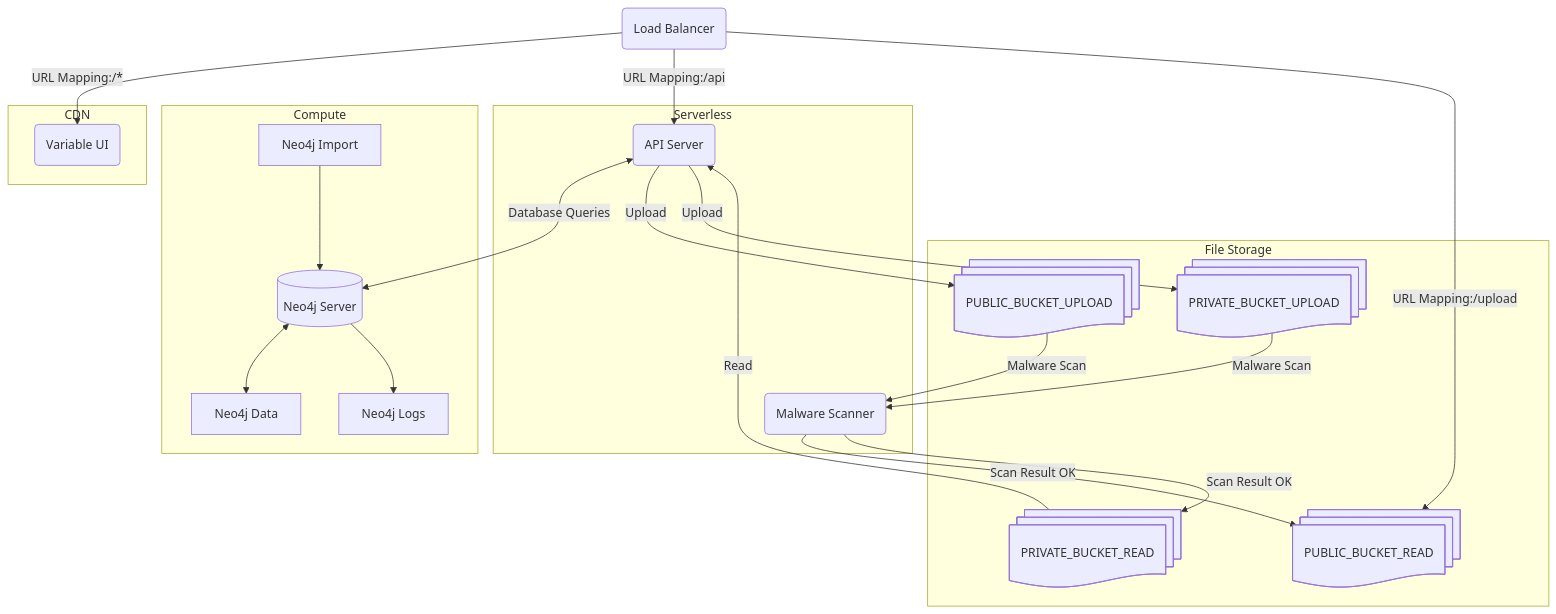
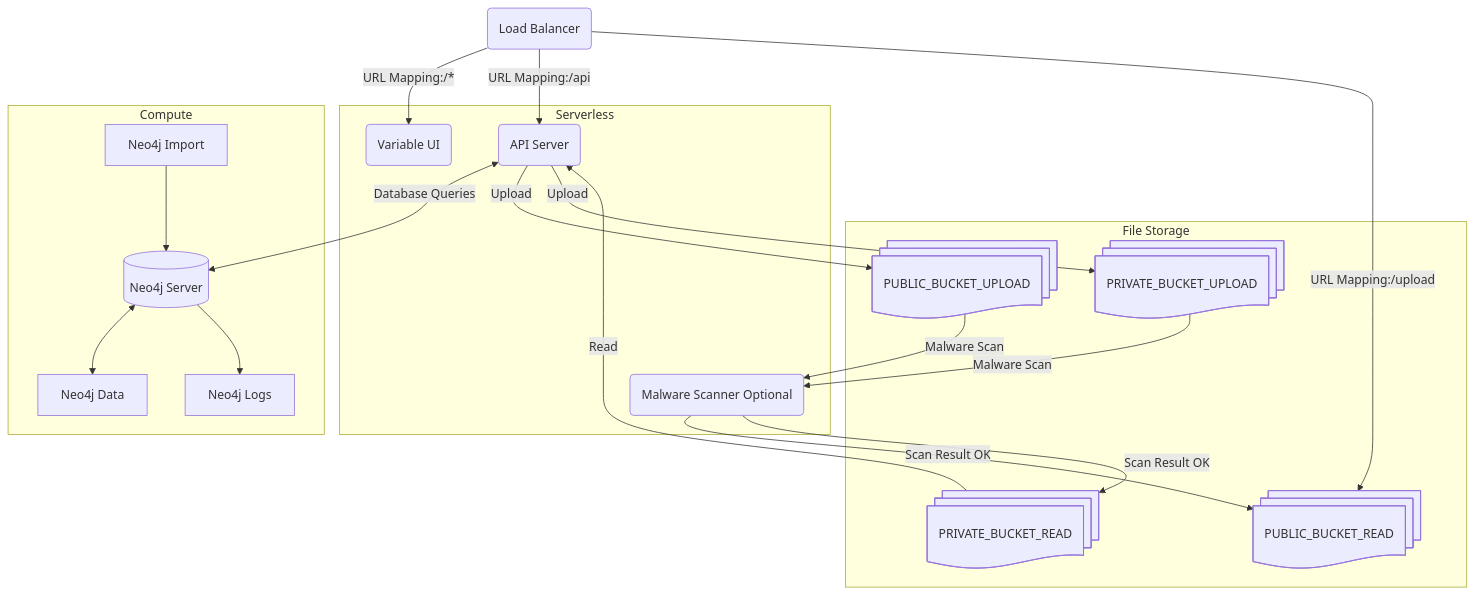
The diagram in docs/self-hosted.mdx (variable-co/api-documentation), drawn with Mermaid before and after one commit. The commit also changed other lines of this file and 1 other file, not shown here.

````diff
--- a/docs/self-hosted.mdx
+++ b/docs/self-hosted.mdx
@@ -80,42 +94,39 @@
 ```mermaid
 flowchart TD
     LB(Load Balancer)
 
     subgraph Serverless
+    UI(Variable UI)
     API(API Server)
-    MSS(Malware Scanner)
+    MSS(Malware Scanner Optional)
     end
 
     subgraph Compute
     DB[(Neo4j Server)]
     DBL[Neo4j Logs]
     DBD[Neo4j Data]
     DBI[Neo4j Import]
-    end
-
-    subgraph CDN
-    UI(Variable UI)
     end
 
     subgraph File Storage
     PBU@{ shape: docs, label: "PUBLIC_BUCKET_UPLOAD" }
     PRU@{ shape: docs, label: "PRIVATE_BUCKET_UPLOAD" }
     PUR@{ shape: docs, label: "PUBLIC_BUCKET_READ" }
     PRR@{ shape: docs, label: "PRIVATE_BUCKET_READ" }
     end
 
     LB -->|URL Mapping:/*| UI
     LB -->|URL Mapping:/api| API
     LB -->|URL Mapping:/upload| PUR
     API <-->|Database Queries| DB
     DB <--> DBD
     DB --> DBL
     DBI --> DB
     API -->|Upload| PBU
     API -->|Upload| PRU
     PRR -->|Read| API
     PBU -->|Malware Scan| MSS
     PRU -->|Malware Scan| MSS
     MSS -->|Scan Result OK| PUR
     MSS -->|Scan Result OK| PRR
 ```
````
